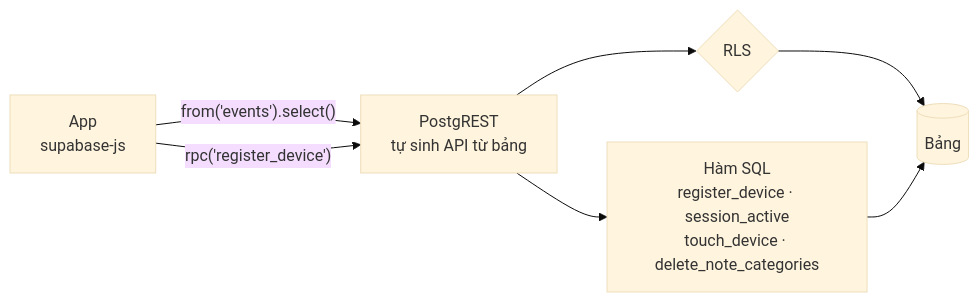
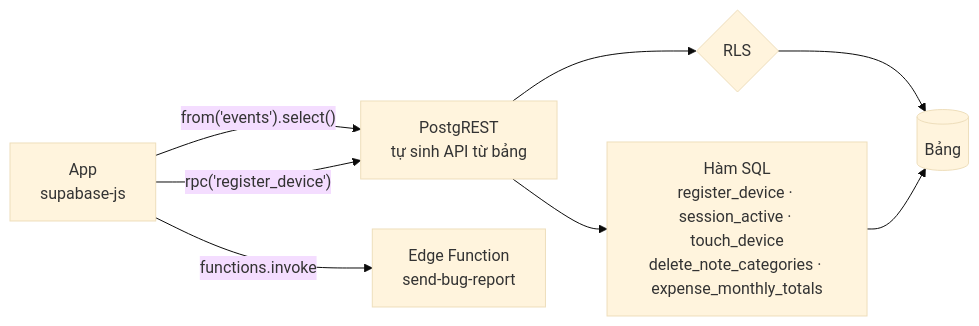
Before and after one commit to danhbuidcn/daynest: the second of 3 diagrams in docs/specs/architecture/index.md, drawn with Mermaid (base theme). The commit also changed other lines of this file and 13 other files, not shown here.

Commit message:
docs: update architecture to v5.0.1

````diff
--- a/docs/specs/architecture/index.md
+++ b/docs/specs/architecture/index.md
@@ -69,8 +78,9 @@
 ```mermaid
 flowchart LR
   App["App<br/>supabase-js"] -->|"from('events').select()"| PGR["PostgREST<br/>tự sinh API từ bảng"]
   App -->|"rpc('register_device')"| PGR
   PGR --> RLS{"RLS"} --> Tables[("Bảng")]
-  PGR --> Fn["Hàm SQL<br/>register_device · session_active<br/>touch_device · delete_note_categories"]
+  App -->|"functions.invoke"| EF["Edge Function<br/>send-bug-report"]
+  PGR --> Fn["Hàm SQL<br/>register_device · session_active · touch_device<br/>delete_note_categories · expense_monthly_totals"]
   Fn --> Tables
 ```
````
